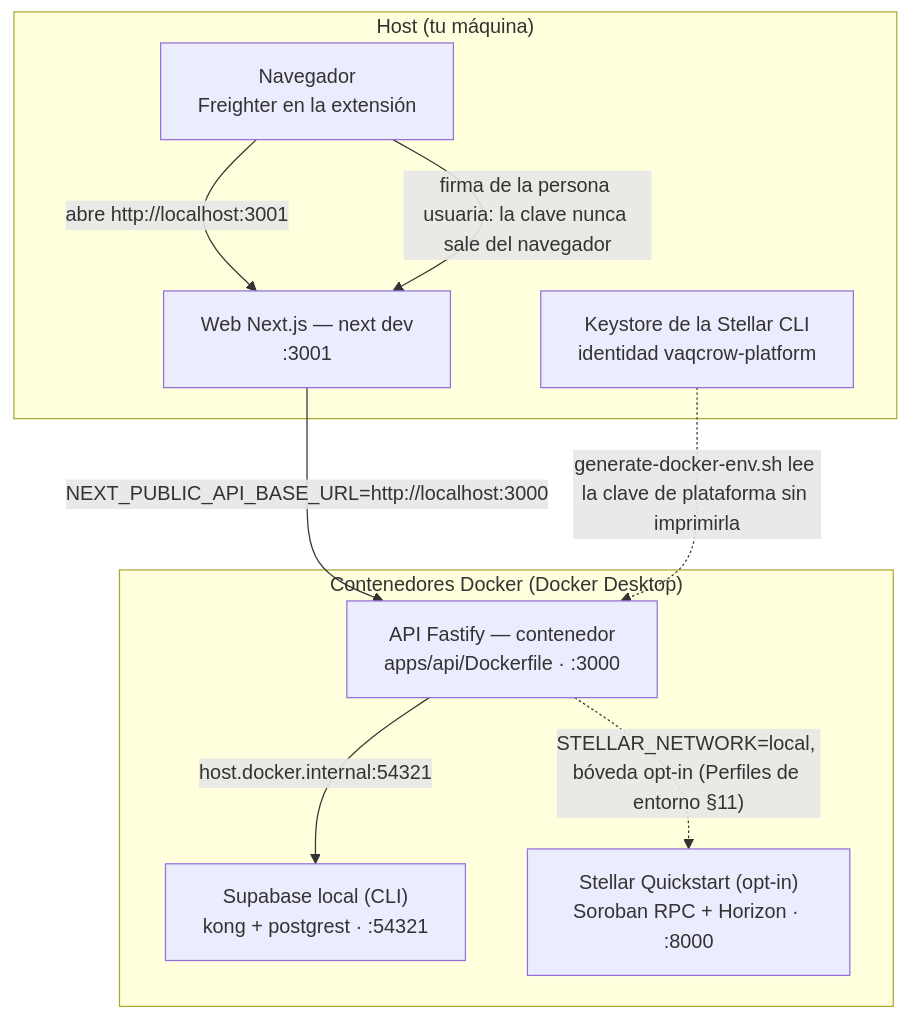
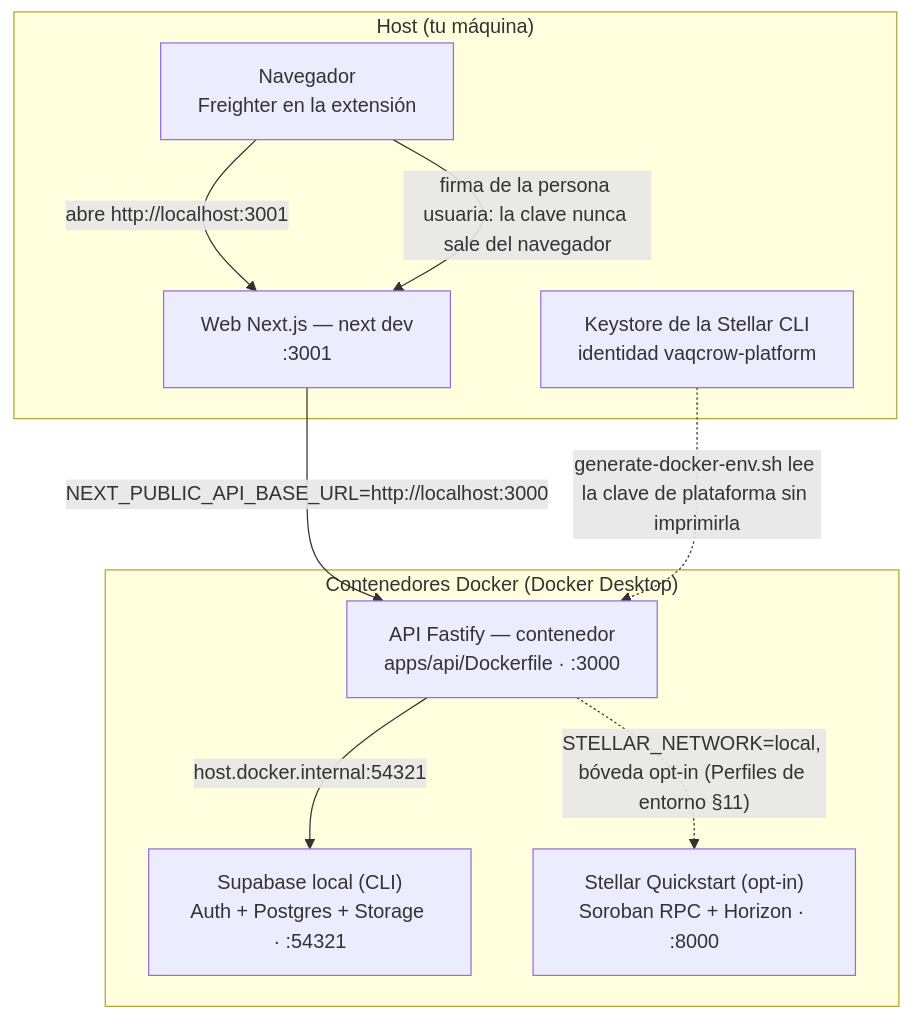
Before and after one commit to reyduar/Vaqcrow: the first of 3 diagrams in README.md, drawn with Mermaid. The commit also changed other lines of this file and 3 other files, not shown here.

````diff
--- a/README.md
+++ b/README.md
@@ -114,21 +127,21 @@
 ```mermaid
 graph TB
-    subgraph "Host (tu máquina)"
+    subgraph HOST["Host (tu máquina)"]
         BROWSER["Navegador<br/>Freighter en la extensión"]
         WEB["Web Next.js — next dev<br/>:3001"]
         KEYSTORE["Keystore de la Stellar CLI<br/>identidad vaqcrow-platform"]
     end
 
-    subgraph "Contenedores Docker (Docker Desktop)"
+    subgraph DOCKER["Contenedores Docker (Docker Desktop)"]
         API["API Fastify — contenedor<br/>apps/api/Dockerfile · :3000"]
-        SUPABASE["Supabase local (CLI)<br/>kong + postgrest · :54321"]
+        SUPABASE["Supabase local (CLI)<br/>Auth + Postgres + Storage · :54321"]
         QUICKSTART["Stellar Quickstart (opt-in)<br/>Soroban RPC + Horizon · :8000"]
     end
 
     BROWSER -->|"abre http://localhost:3001"| WEB
     BROWSER -->|"firma de la persona usuaria: la clave nunca sale del navegador"| WEB
     WEB -->|"NEXT_PUBLIC_API_BASE_URL=http://localhost:3000"| API
     API -->|"host.docker.internal:54321"| SUPABASE
     API -.->|"STELLAR_NETWORK=local, bóveda opt-in (Perfiles de entorno §11)"| QUICKSTART
     KEYSTORE -.->|"generate-docker-env.sh lee la clave de plataforma sin imprimirla"| API
 ```
````
